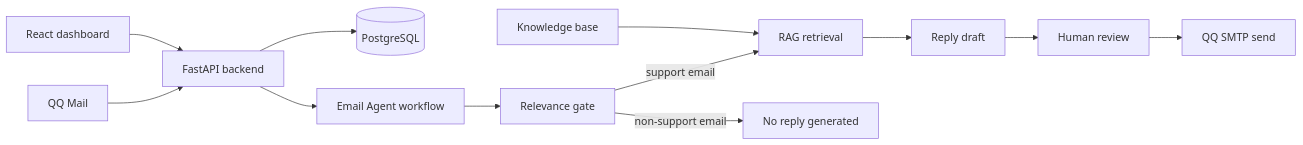
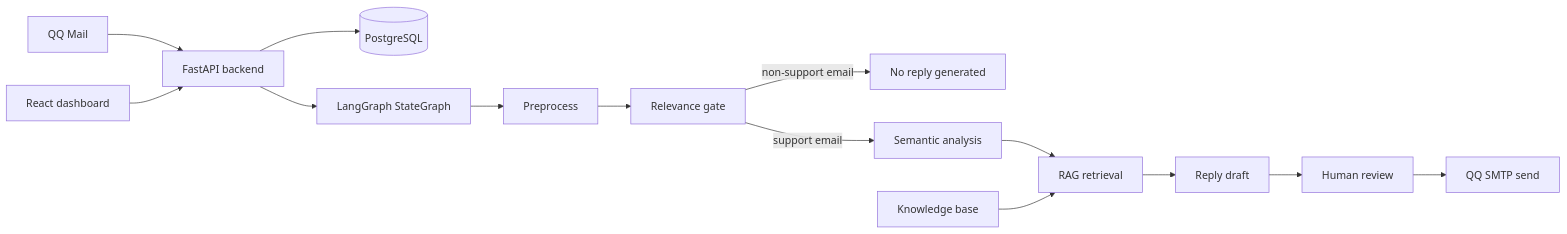
The diagram in README.md (jayagentworks/ai-customer-email-agent), drawn with Mermaid before and after one commit. The commit also changed other lines of this file and 9 other files, not shown here.

First line of the commit message:
升级邮件 Agent 工作流与 RAG 检索能力

````diff
--- a/README.md
+++ b/README.md
@@ -48,14 +48,16 @@
 ```mermaid
 flowchart LR
   QQ[QQ Mail] --> API[FastAPI backend]
   API --> DB[(PostgreSQL)]
-  API --> Agent[Email Agent workflow]
-  Agent --> Gate[Relevance gate]
-  Gate -->|support email| RAG[RAG retrieval]
+  API --> Agent[LangGraph StateGraph]
+  Agent --> Preprocess[Preprocess]
+  Preprocess --> Gate[Relevance gate]
   Gate -->|non-support email| Filtered[No reply generated]
+  Gate -->|support email| Semantic[Semantic analysis]
+  Semantic --> RAG[RAG retrieval]
   RAG --> Draft[Reply draft]
   Draft --> Review[Human review]
   Review --> SMTP[QQ SMTP send]
   KB[Knowledge base] --> RAG
   UI[React dashboard] --> API
 ```
````
